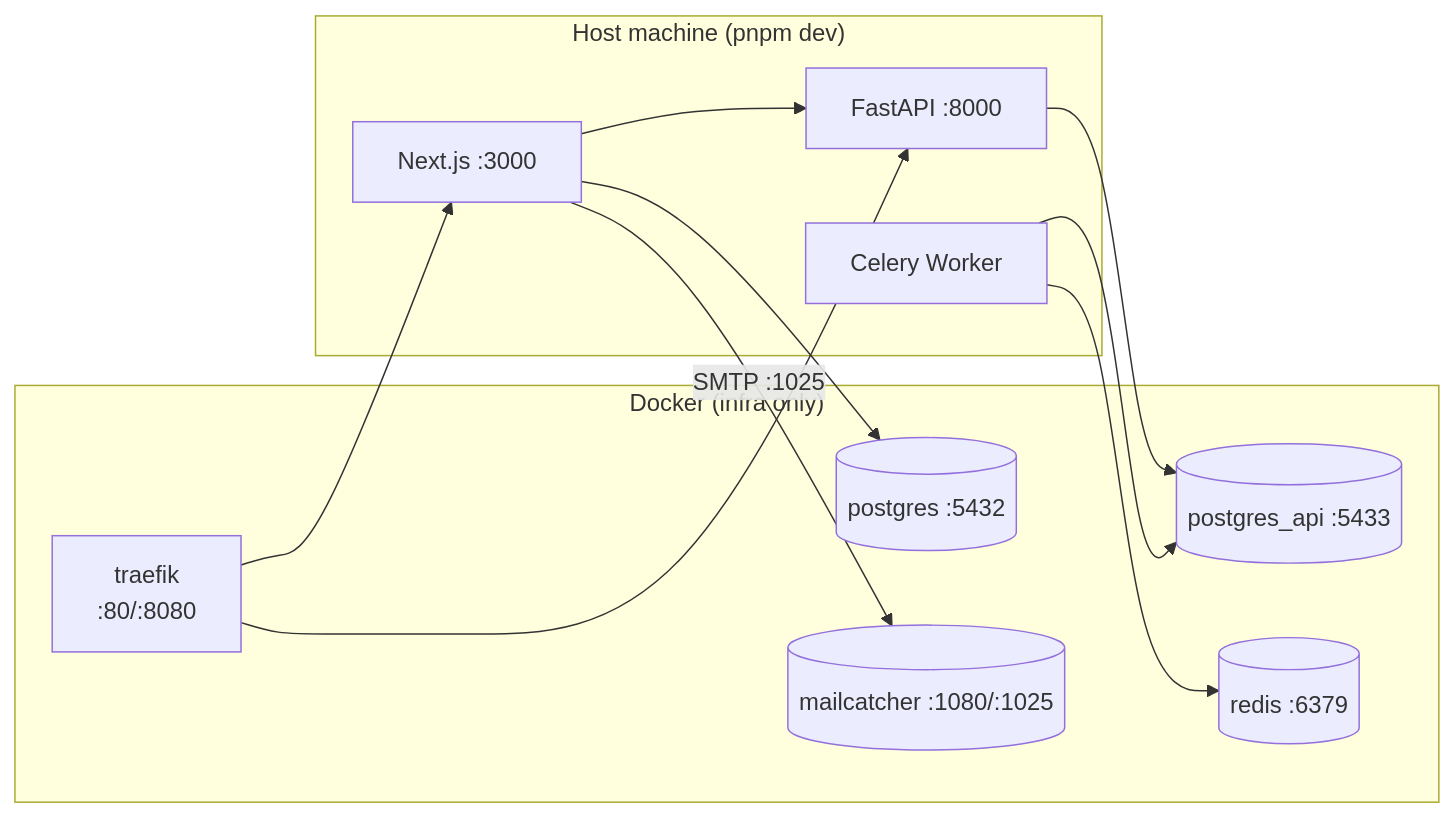
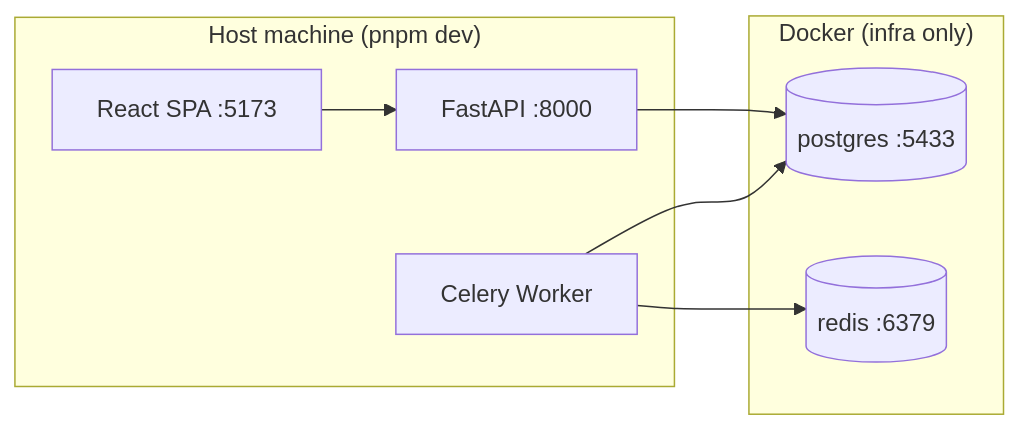
The second of 2 diagrams in apps/mkdocs/docs/reference/infrastructure.md (bernat-leads/Batch_video), drawn with Mermaid before and after one commit. The commit also changed other lines of this file and 85 other files, not shown here.

````diff
--- a/apps/mkdocs/docs/reference/infrastructure.md
+++ b/apps/mkdocs/docs/reference/infrastructure.md
@@ -32,25 +29,18 @@
 ```mermaid
 graph LR
     subgraph "Docker (infra only)"
-        PG1[("postgres :5432")]
-        PG2[("postgres_api :5433")]
+        DB[("postgres :5433")]
         Redis[("redis :6379")]
-        Mail[("mailcatcher :1080/:1025")]
-        Traefik["traefik<br/>:80/:8080"]
     end
 
     subgraph "Host machine (pnpm dev)"
-        NextJS["Next.js :3000"]
+        React["React SPA :5173"]
         FastAPI["FastAPI :8000"]
         Celery["Celery Worker"]
     end
 
-    Traefik --> NextJS
-    Traefik --> FastAPI
-    NextJS --> PG1
-    NextJS --> FastAPI
-    FastAPI --> PG2
+    React --> FastAPI
+    FastAPI --> DB
     Celery --> Redis
-    Celery --> PG2
-    NextJS -->|"SMTP :1025"| Mail
+    Celery --> DB
 ```
````
